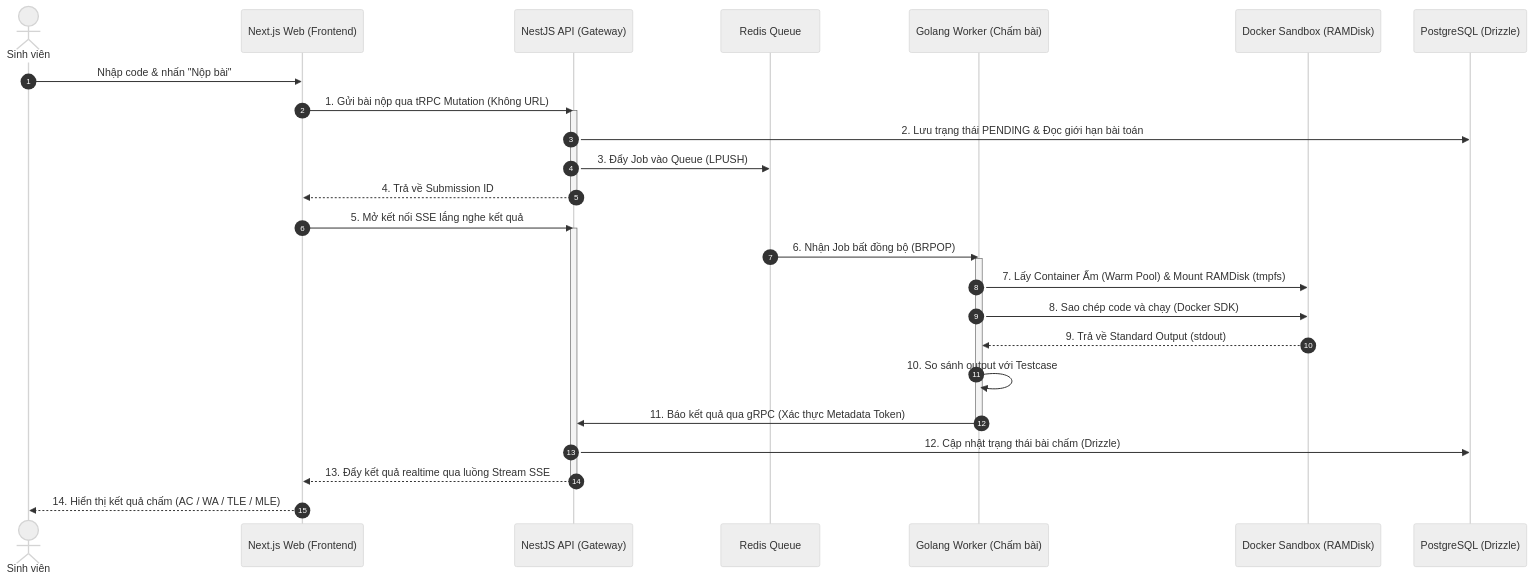
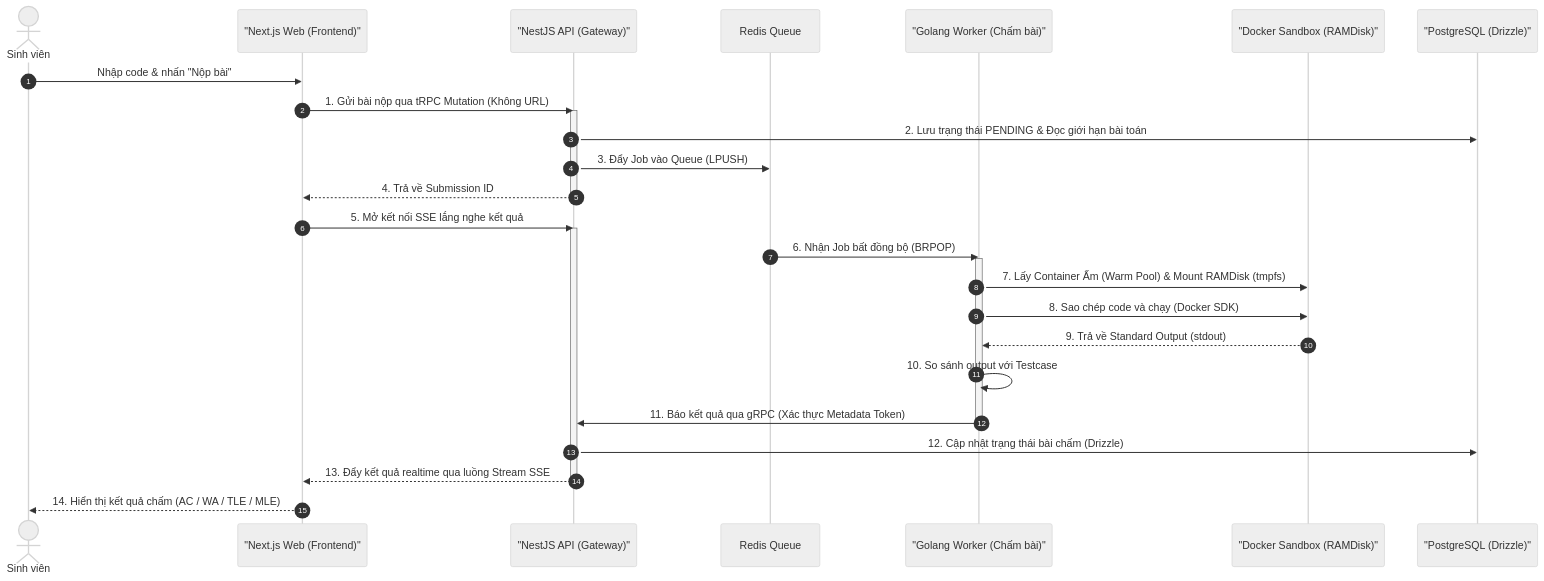
One commit to sleepyvani/truesubmit changed the first of 2 diagrams in docs/overview.md. Above: the diagram before and after it, drawn with Mermaid (neutral theme). The commit also changed 1 other file, not shown here.

Commit message:
docs: add project overview documentation and update README instructions

````diff
--- a/docs/overview.md
+++ b/docs/overview.md
@@ -11,36 +11,36 @@
 ```mermaid
 sequenceDiagram
     autonumber
     actor SinhVien as Sinh viên
-    participant Web as Next.js Web (Frontend)
-    participant API as NestJS API (Gateway)
+    participant Web as "Next.js Web (Frontend)"
+    participant API as "NestJS API (Gateway)"
     participant Redis as Redis Queue
-    participant Worker as Golang Worker (Chấm bài)
-    participant Sandbox as Docker Sandbox (RAMDisk)
-    participant DB as PostgreSQL (Drizzle)
+    participant Worker as "Golang Worker (Chấm bài)"
+    participant Sandbox as "Docker Sandbox (RAMDisk)"
+    participant DB as "PostgreSQL (Drizzle)"
 
     SinhVien->>Web: Nhập code & nhấn "Nộp bài"
     Web->>API: 1. Gửi bài nộp qua tRPC Mutation (Không URL)
     activate API
     API->>DB: 2. Lưu trạng thái PENDING & Đọc giới hạn bài toán
     API->>Redis: 3. Đẩy Job vào Queue (LPUSH)
     API-->>Web: 4. Trả về Submission ID
     deactivate API
 
     Web->>API: 5. Mở kết nối SSE lắng nghe kết quả
     activate API
 
     Redis->>Worker: 6. Nhận Job bất đồng bộ (BRPOP)
     activate Worker
     Worker->>Sandbox: 7. Lấy Container Ấm (Warm Pool) & Mount RAMDisk (tmpfs)
     Worker->>Sandbox: 8. Sao chép code và chạy (Docker SDK)
     Sandbox-->>Worker: 9. Trả về Standard Output (stdout)
     Worker->>Worker: 10. So sánh output với Testcase
     Worker->>API: 11. Báo kết quả qua gRPC (Xác thực Metadata Token)
     deactivate Worker
 
     API->>DB: 12. Cập nhật trạng thái bài chấm (Drizzle)
     API-->>Web: 13. Đẩy kết quả realtime qua luồng Stream SSE
     deactivate API
     Web-->>SinhVien: 14. Hiển thị kết quả chấm (AC / WA / TLE / MLE)
 ```
````
